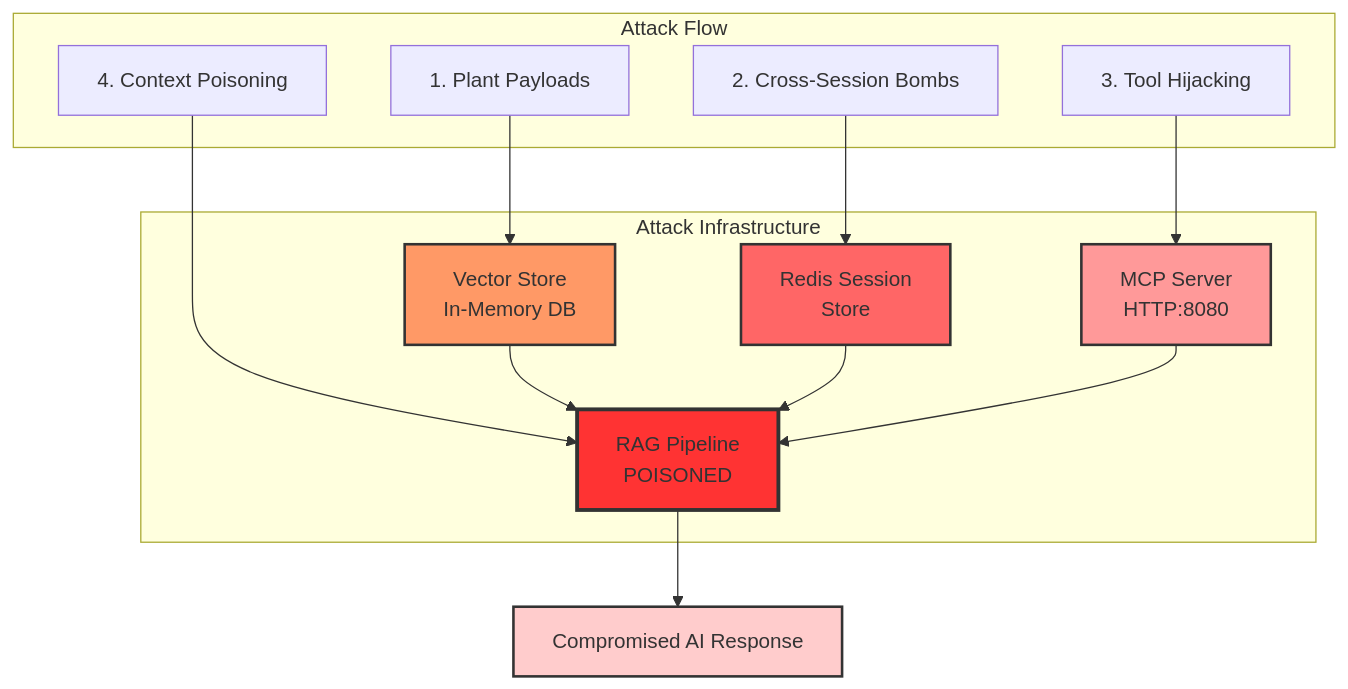
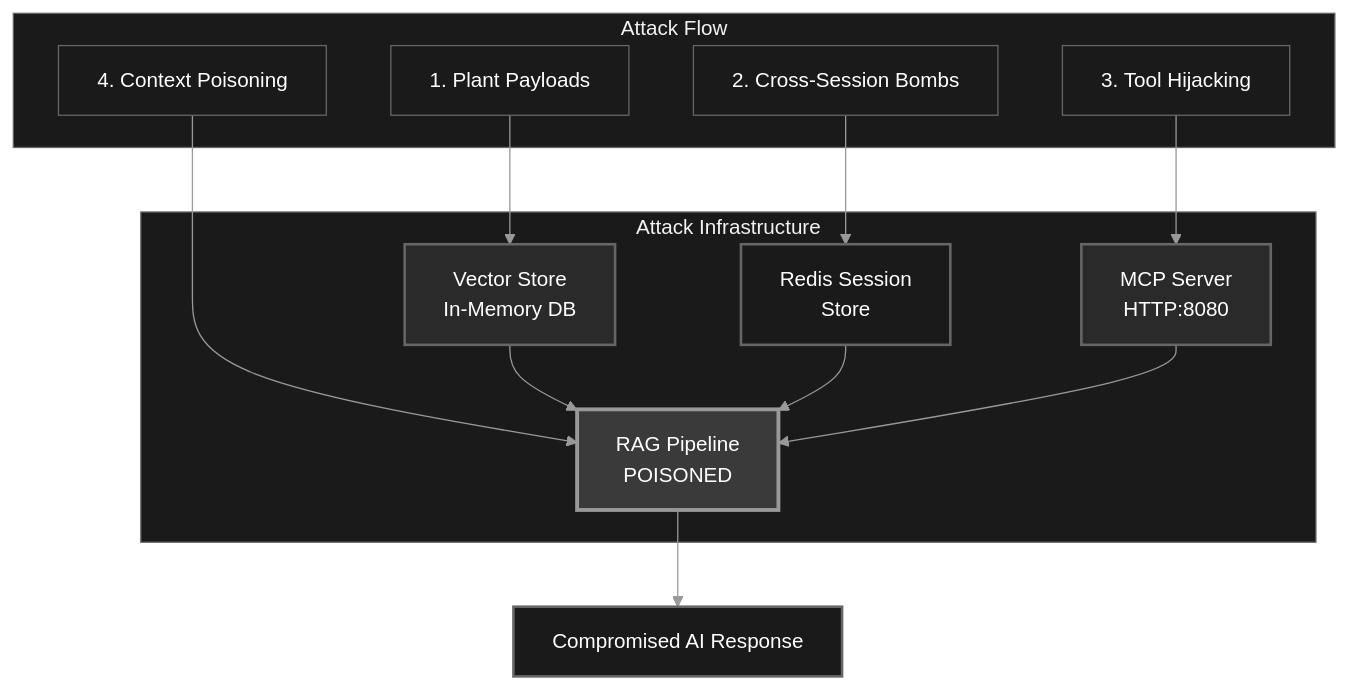
One commit to mbhatt1/agentic_lpci_framework changed the first of 11 diagrams in agentic_lpci_framework/LPCI_ATTACK_EXPLAINED.md. Above: the diagram before and after it, drawn with Mermaid. The commit also changed 2 other files, not shown here.

Commit message:
Add gpt results

````diff
--- a/agentic_lpci_framework/LPCI_ATTACK_EXPLAINED.md
+++ b/agentic_lpci_framework/LPCI_ATTACK_EXPLAINED.md
@@ -11,28 +11,49 @@
 ```mermaid
+%%{init: {
+  'theme': 'base',
+  'themeVariables': {
+    'primaryColor': '#000000',
+    'primaryTextColor': '#ffffff',
+    'primaryBorderColor': '#666666',
+    'lineColor': '#999999',
+    'background': '#000000',
+    'mainBkg': '#1a1a1a',
+    'secondBkg': '#2a2a2a',
+    'tertiaryBkg': '#3a3a3a',
+    'clusterBkg': '#1a1a1a',
+    'clusterBorder': '#666666',
+    'labelBackground': '#000000',
+    'textColor': '#ffffff',
+    'nodeBkg': '#1a1a1a',
+    'nodeTextColor': '#ffffff',
+    'edgeLabelBackground': '#1a1a1a',
+    'edgeColor': '#666666'
+  }
+}}%%
 graph TB
     subgraph "Attack Infrastructure"
         VS[Vector Store<br/>In-Memory DB]
         RS[Redis Session<br/>Store]
         MCP[MCP Server<br/>HTTP:8080]
         RAG[RAG Pipeline<br/>POISONED]
     end
     
     subgraph "Attack Flow"
         A1[1. Plant Payloads] --> VS
         A2[2. Cross-Session Bombs] --> RS
         A3[3. Tool Hijacking] --> MCP
         A4[4. Context Poisoning] --> RAG
     end
     
     VS --> RAG
     RS --> RAG
     MCP --> RAG
     
     RAG --> COMP[Compromised AI Response]
     
-    style VS fill:#f96,stroke:#333,stroke-width:2px
-    style RS fill:#f66,stroke:#333,stroke-width:2px
-    style MCP fill:#f99,stroke:#333,stroke-width:2px
-    style RAG fill:#f33,stroke:#333,stroke-width:3px
-    style COMP fill:#fcc,stroke:#333,stroke-width:2px
+    style VS fill:#2a2a2a,stroke:#666666,stroke-width:2px,color:#ffffff
+    style RS fill:#1a1a1a,stroke:#666666,stroke-width:2px,color:#ffffff
+    style MCP fill:#2a2a2a,stroke:#666666,stroke-width:2px,color:#ffffff
+    style RAG fill:#3a3a3a,stroke:#999999,stroke-width:3px,color:#ffffff
+    style COMP fill:#1a1a1a,stroke:#666666,stroke-width:2px,color:#ffffff
 ```
````
